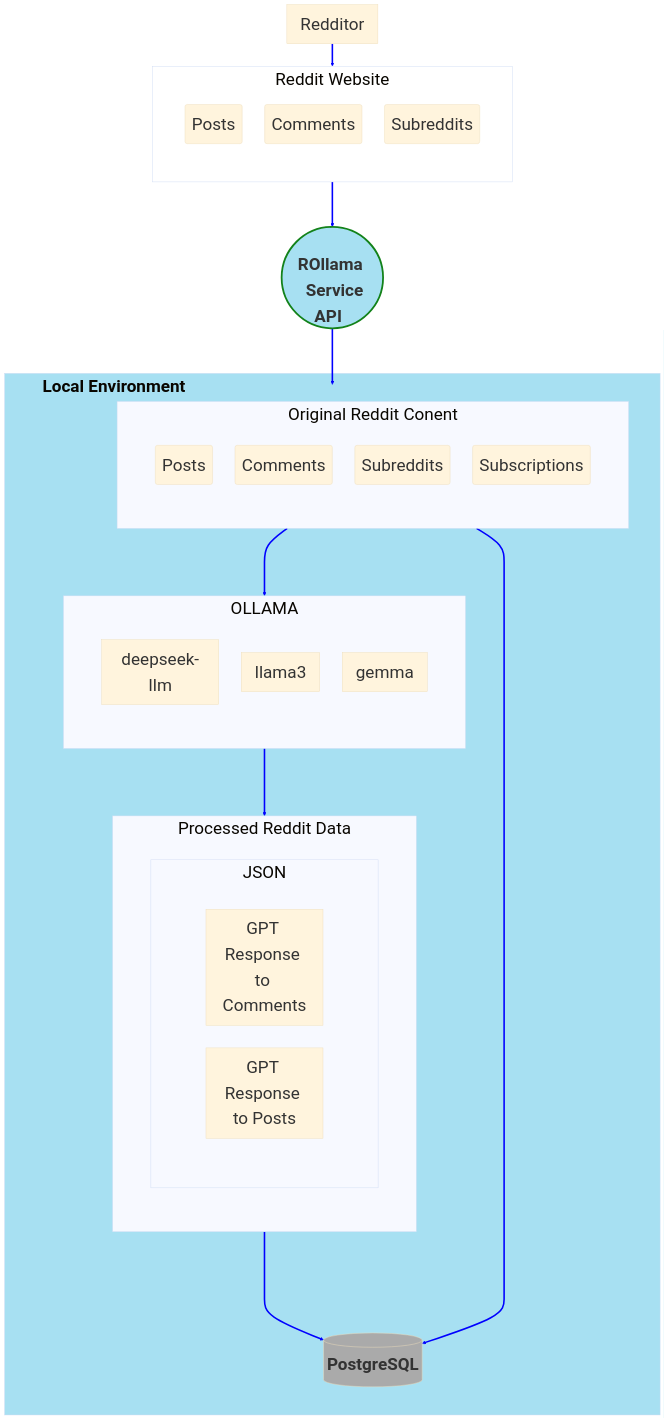
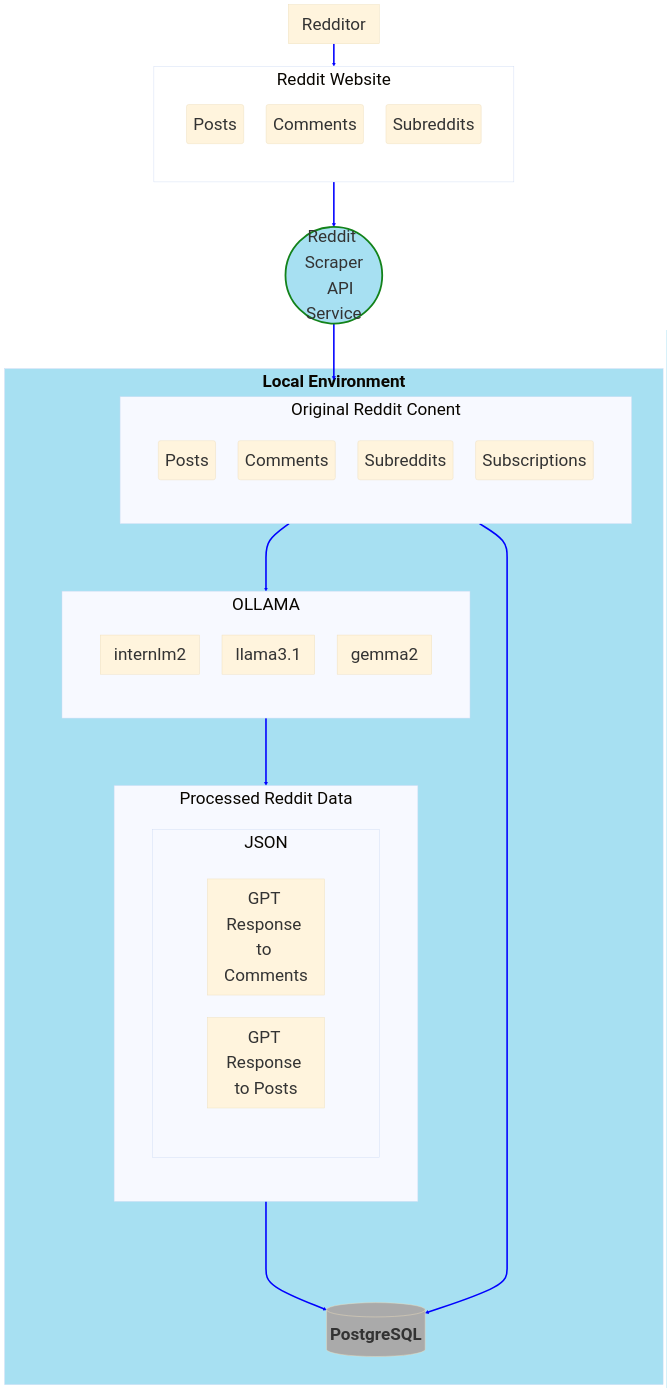
Before and after one commit to ovaisq/LLM-RedditScraper: the first of 4 diagrams in README.md, drawn with Mermaid. The commit also changed 1 other file, not shown here.

Commit message:
Updated README, laying down foundation for observability

````diff
--- a/README.md
+++ b/README.md
@@ -5,67 +5,64 @@
 ```mermaid
 %%{init: {'theme': 'base', "loglevel":1,'themeVariables': {'lineColor': 'Blue', 'fontSize':'38px',"fontFamily": "Trebuchet MS"}}}%%
 flowchart TD
     style Reddit fill:#fff
     style RR fill:#a7e0f2,stroke:#13821a,stroke-width:4px
     style LocalEnv fill:#a7e0f2
     style PSQL fill:#aaa
 
     classDef subgraph_padding fill:none,stroke:none
     Rr[Redditor]
-    RR(("`&nbsp&nbsp
-&nbsp&nbsp&nbsp**ROllama&nbsp&nbsp&nbsp&nbsp
-    &nbsp&nbsp&nbspService&nbsp&nbsp
-    API&nbsp&nbsp**
-    `"))
+    RR(("Reddit Scraper
+    API Service"))
 
 
     Rr ==> Reddit ===> RR ===> ORD
     ORD ===> OLLAMA ===> PRD ====> PSQL
     ORD ==> PSQL
 
     subgraph Reddit["Reddit Website"]
         subgraph blank2[ ]
             RP(Posts)
             RC(Comments)
             RA(Subreddits)
         end
     end
 
-    subgraph LocalEnv["`**Local&nbspEnvironment**`"&nbsp&nbsp&nbsp&nbsp&nbsp&nbsp&nbsp&nbsp&nbsp&nbsp&nbsp&nbsp&nbsp&nbsp&nbsp&nbsp&nbsp&nbsp&nbsp&nbsp&nbsp&nbsp&nbsp&nbsp&nbsp&nbsp&nbsp&nbsp&nbsp&nbsp&nbsp&nbsp&nbsp&nbsp&nbsp&nbsp&nbsp&nbsp&nbsp&nbsp&nbsp&nbsp&nbsp&nbsp&nbsp&nbsp&nbsp&nbsp&nbsp&nbsp&nbsp&nbsp&nbsp&nbsp&nbsp&nbsp&nbsp&nbsp&nbsp&nbsp&nbsp&nbsp&nbsp&nbsp&nbsp&nbsp&nbsp&nbsp&nbsp&nbsp&nbsp&nbsp&nbsp&nbsp&nbsp&nbsp&nbsp&nbsp&nbsp&nbsp&nbsp&nbsp&nbsp&nbsp&nbsp&nbsp&nbsp&nbsp&nbsp&nbsp&nbsp&nbsp&nbsp&nbsp&nbsp&nbsp&nbsp&nbsp&nbsp&nbsp&nbsp&nbsp&nbsp]
+    subgraph LocalEnv["`**Local&nbspEnvironment**`"]
         subgraph blank[ ]
             direction TB
             PSQL[("`**PostgreSQL**`")]
             subgraph ORD["Original Reddit Conent"]
                 subgraph blank3[ ]
                     ORP(Posts)
                     ORC(Comments)
                     ORA(Subreddits)
                     ORB(Subscriptions)
                 end
             end
             subgraph OLLAMA
                 subgraph blank4[ ]
-                    LLM1[deepseek-llm]
-                    LLM2[llama3]
-                    LLM3[gemma]
+                    LLM1[internlm2]
+                    LLM2[llama3.1]
+                    LLM3[gemma2]
                 end
             end
             subgraph PRD["Processed Reddit Data"]
                 subgraph blank5[ ]
                     subgraph JSON
                         subgraph blank6[ ]
                             JAC["GPT Response to Comments"]
                             JAP["GPT Response to Posts"]
                         end
                     end
                 end
             end
         end
     end
     class blank subgraph_padding
     class blank2 subgraph_padding
     class blank3 subgraph_padding
     class blank4 subgraph_padding
     class blank5 subgraph_padding
     class blank6 subgraph_padding
 ```
````
